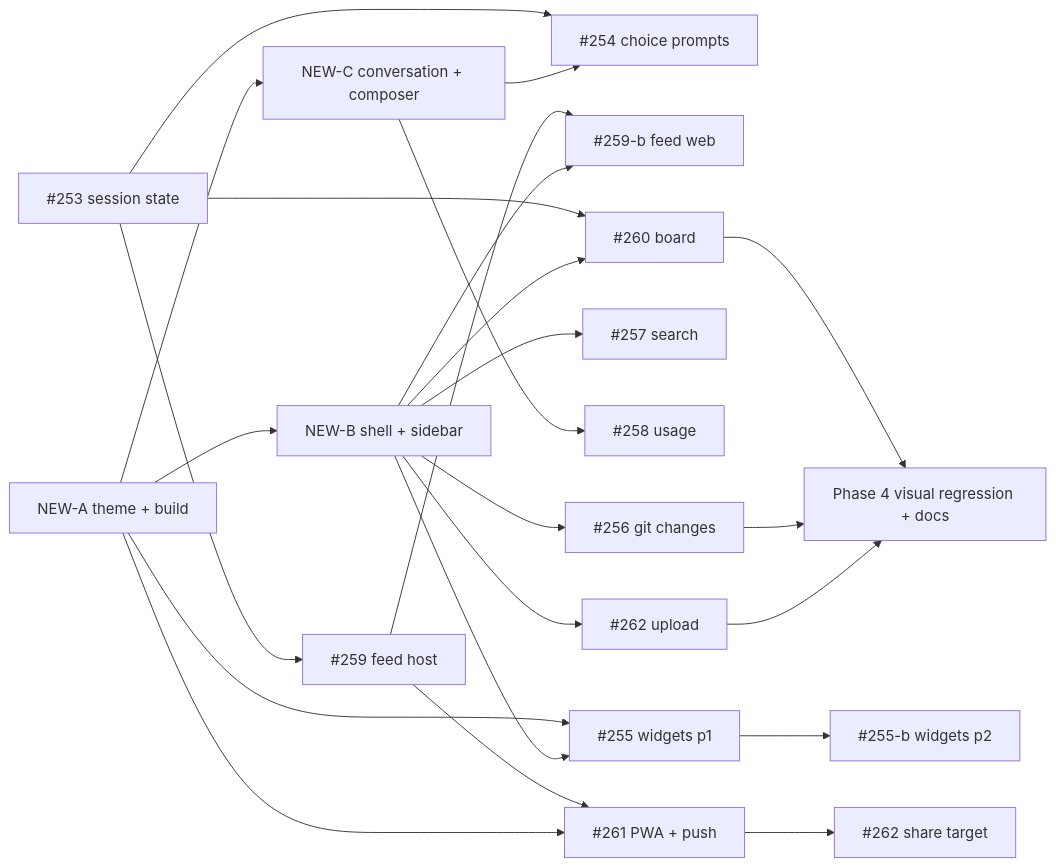
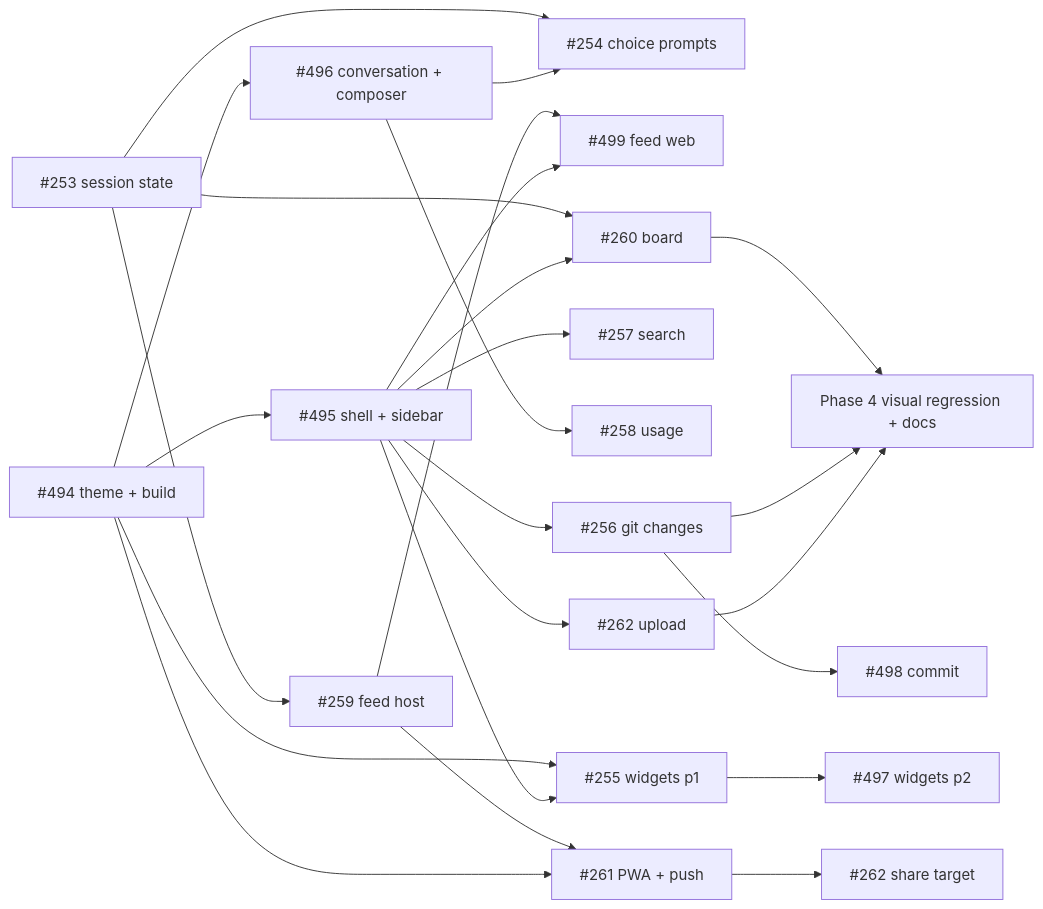
The diagram in openspec/changes/web-remote-alignment/epic.md (sero-labs/sero), drawn with Mermaid before and after one commit. The commit also changed other lines of this file and 1 other file, not shown here.

First line of the commit message:
docs(web-remote): resolve product decisions and link filed issues

````diff
--- a/openspec/changes/web-remote-alignment/epic.md
+++ b/openspec/changes/web-remote-alignment/epic.md
@@ -98,25 +102,26 @@
 ```mermaid
 graph LR
-  A[NEW-A theme + build] --> B[NEW-B shell + sidebar]
-  A --> C[NEW-C conversation + composer]
+  A[#494 theme + build] --> B[#495 shell + sidebar]
+  A --> C[#496 conversation + composer]
   P253[#253 session state] --> P254[#254 choice prompts]
   C --> P254
   P253 --> P259[#259 feed host]
-  P259 --> P259b[#259-b feed web]
+  P259 --> P259b[#499 feed web]
   B --> P259b
   P253 --> P260[#260 board]
   B --> P260
   B --> P257[#257 search]
   C --> P258[#258 usage]
   B --> P256[#256 git changes]
+  P256 --> P256b[#498 commit]
   B --> P262[#262 upload]
   A --> P255[#255 widgets p1]
   B --> P255
-  P255 --> P255b[#255-b widgets p2]
+  P255 --> P255b[#497 widgets p2]
   P259 --> P261[#261 PWA + push]
   A --> P261
   P261 --> P262s[#262 share target]
   P260 --> VR[Phase 4 visual regression + docs]
   P256 --> VR
   P262 --> VR
 ```
````
